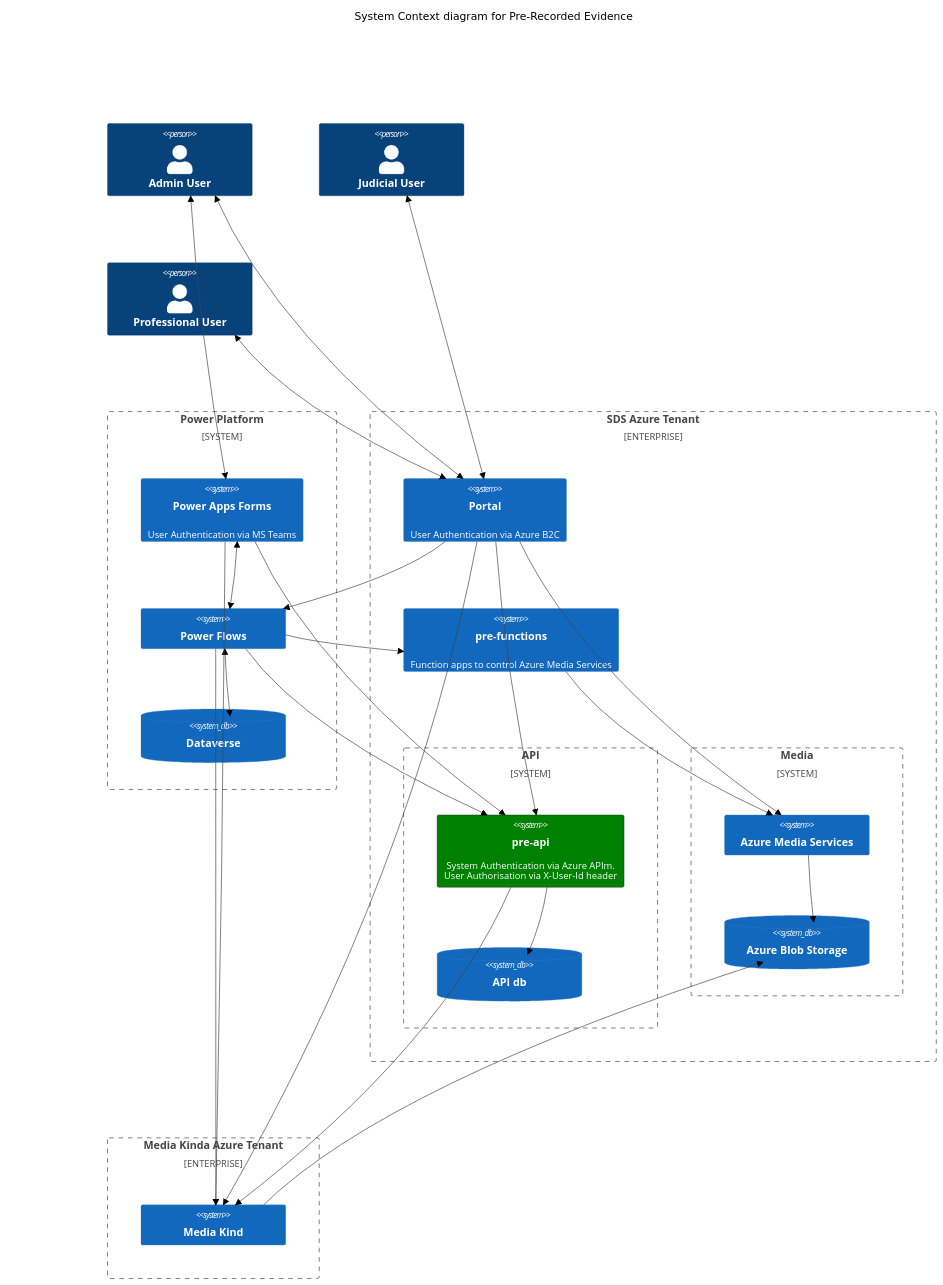
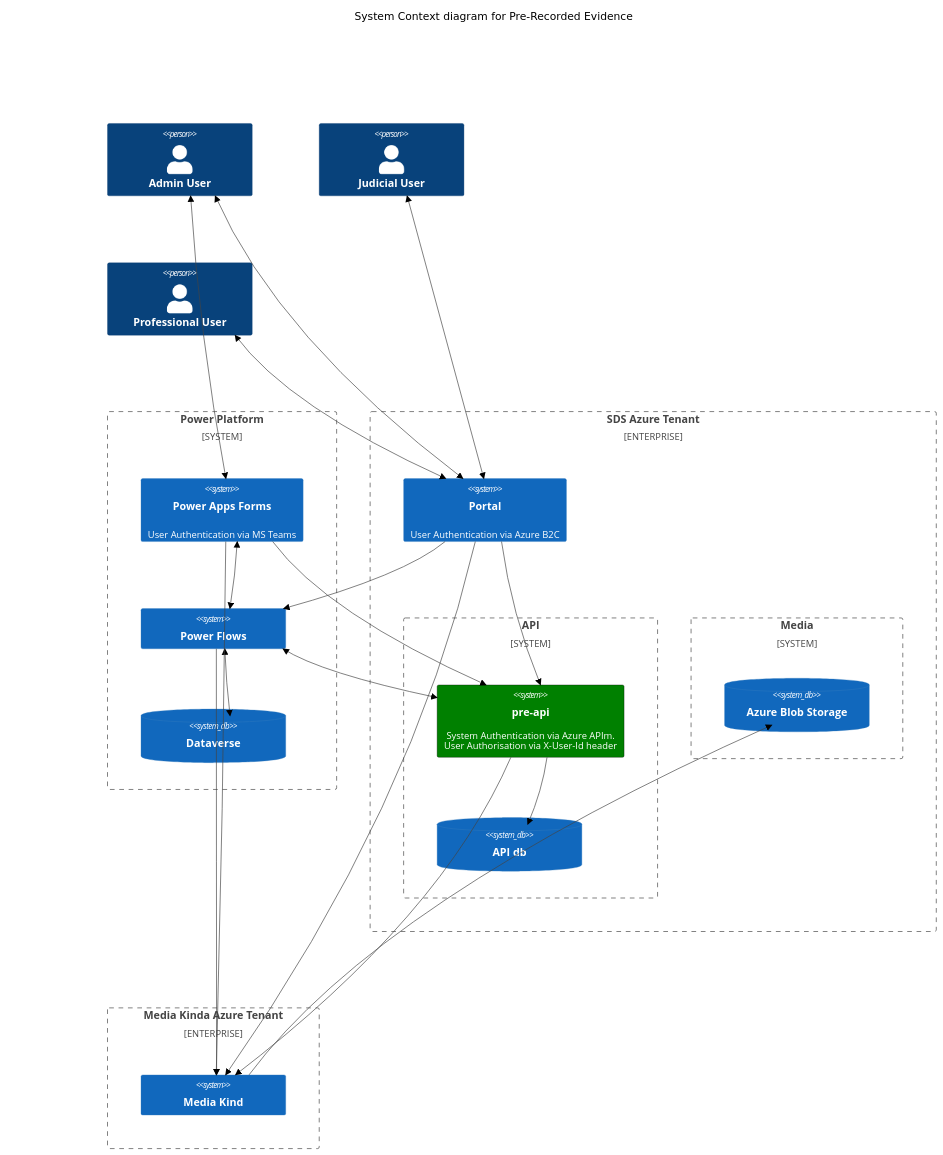
Before and after one commit to hmcts/pre-api: the diagram in README.md, drawn with Mermaid (neutral theme).

Commit message:
Update readme post AMS

````diff
--- a/README.md
+++ b/README.md
@@ -14,61 +14,54 @@
 ```mermaid
     C4Context
       title System Context diagram for Pre-Recorded Evidence
 
       Person(adminUser, "Admin User", "")
       Person(judicialUser, "Judicial User", "")
       Person(professionalUser, "Professional User", "")
 
 
       System_Boundary(PowerPlatform, "Power Platform") {
         System(PowerApps, "Power Apps Forms", "User Authentication via MS Teams")
         System(PowerFlows, "Power Flows", "")
         SystemDb(Dataverse, "Dataverse", "")
       }
 
       Enterprise_Boundary(a0, "SDS Azure Tenant",) {
         System(Portal, "Portal", "User Authentication via Azure B2C")
 
-        System(function, "pre-functions", "Function apps to control Azure Media Services")
-
         System_Boundary(api, "API") {
             System(api, "pre-api", "System Authentication via Azure APIm.<br/>User Authorisation via X-User-Id header")
             SystemDb(db, "API db")
         }
 
         System_Boundary(media, "Media") {
-            System(ams, "Azure Media Services")
             SystemDb(blob, "Azure Blob Storage")
         }
 
       }
 
       Enterprise_Boundary(a1, "Media Kinda Azure Tenant",) {
         System(mk, "Media Kind")
       }
 
       BiRel(judicialUser, Portal, "")
       BiRel(adminUser, Portal, "")
       BiRel(adminUser, PowerApps, "")
       BiRel(professionalUser, Portal, "")
       BiRel(PowerApps, PowerFlows, "")
       Rel(Portal, PowerFlows, "")
-      Rel(Portal, ams, "")
       Rel(Portal, api, "")
       BiRel(PowerFlows, Dataverse, "")
       Rel(PowerApps, api, "")
-      Rel(PowerFlows, api, "")
-      Rel(PowerFlows, function, "")
+      BiRel(PowerFlows, api, "")
       Rel(api, db, "")
-      Rel(ams, blob, "")
-      Rel(function, ams, "")
 
       Rel(Portal, mk, "")
       Rel(PowerApps, mk, "")
       Rel(PowerFlows, mk, "")
       Rel(api, mk, "")
       Rel(mk, blob, "")
       UpdateElementStyle(api,  $bgColor="green", $borderColor="black")
       UpdateElementStyle(PowerPlatform)
       UpdateLayoutConfig($c4ShapeInRow="3", $c4BoundaryInRow="1")
 ```
````
